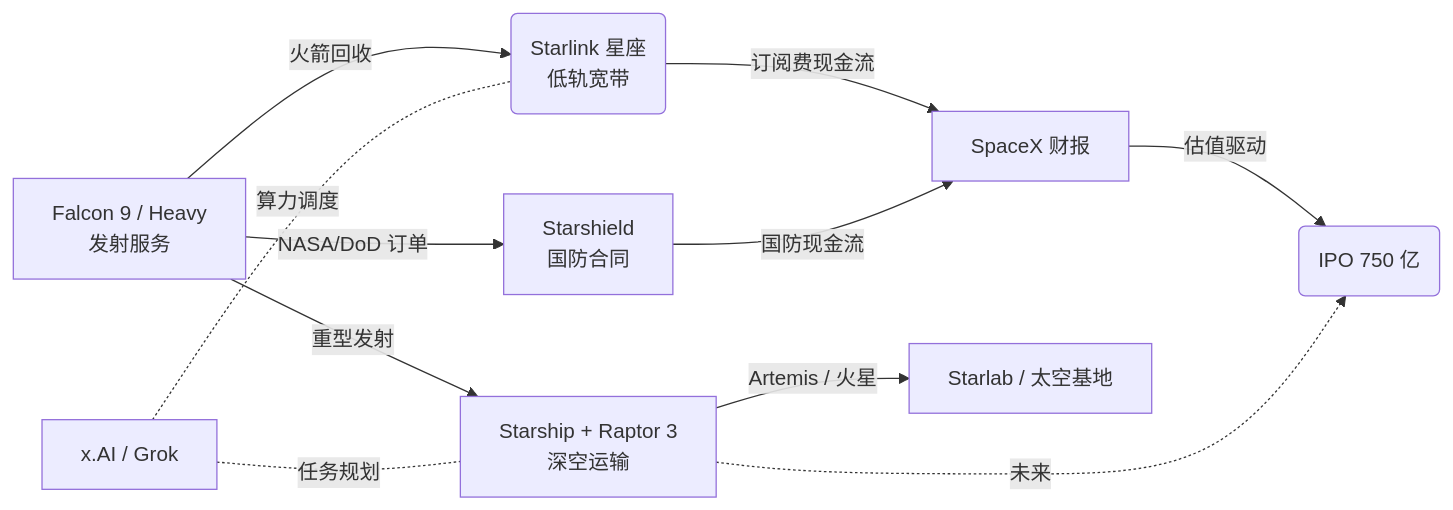
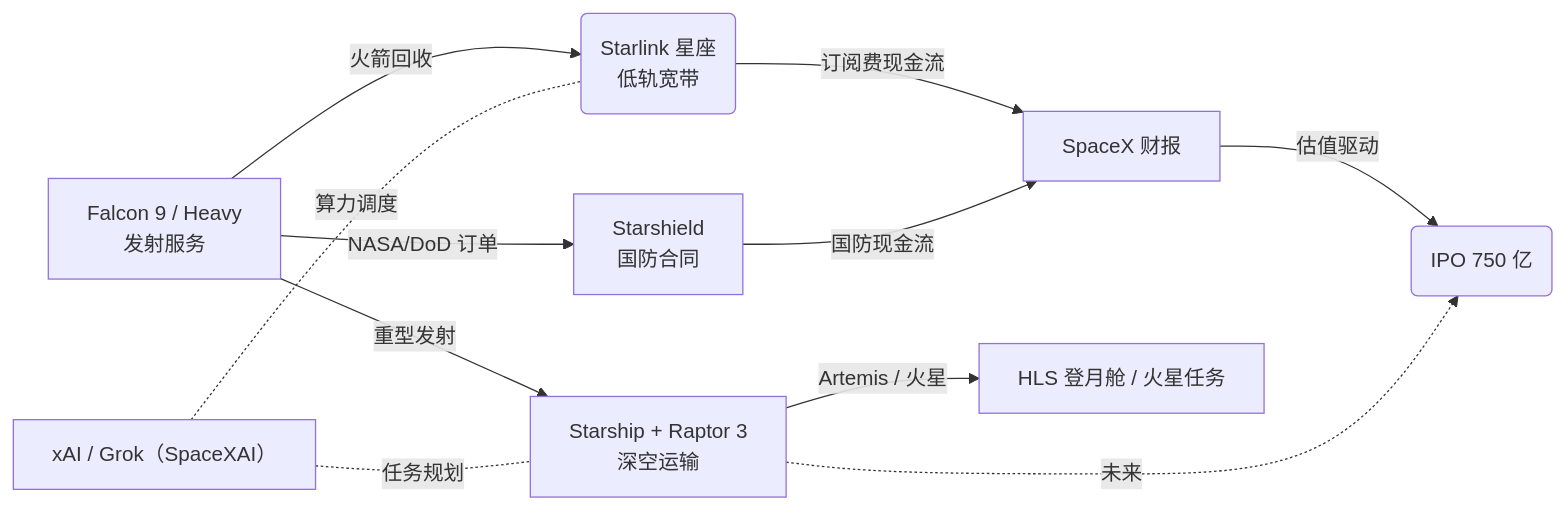
Before and after one commit to A1pha3/text-matrix: the diagram in content/posts/video/spacex-rise-mars-ipo-2026.md, drawn with Mermaid. The commit also changed other lines of this file and 227 other files, not shown here.

````diff
--- a/content/posts/video/spacex-rise-mars-ipo-2026.md
+++ b/content/posts/video/spacex-rise-mars-ipo-2026.md
@@ -35,13 +36,13 @@
 ```mermaid
 flowchart LR
   A[Falcon 9 / Heavy<br>发射服务] -->|火箭回收| B(Starlink 星座<br>低轨宽带)
   A -->|NASA/DoD 订单| C[Starshield<br>国防合同]
   B -->|订阅费现金流| D[SpaceX 财报]
   C -->|国防现金流| D
   A -->|重型发射| E[Starship + Raptor 3<br>深空运输]
-  E -->|Artemis / 火星| F[Starlab / 太空基地]
+  E -->|Artemis / 火星| F[HLS 登月舱 / 火星任务]
   D -->|估值驱动| G(IPO 750 亿)
   E -.未来.-> G
-  X[x.AI / Grok] -.算力调度.- B
+  X[xAI / Grok（SpaceXAI）] -.算力调度.- B
   X -.任务规划.- E
 ```
````
